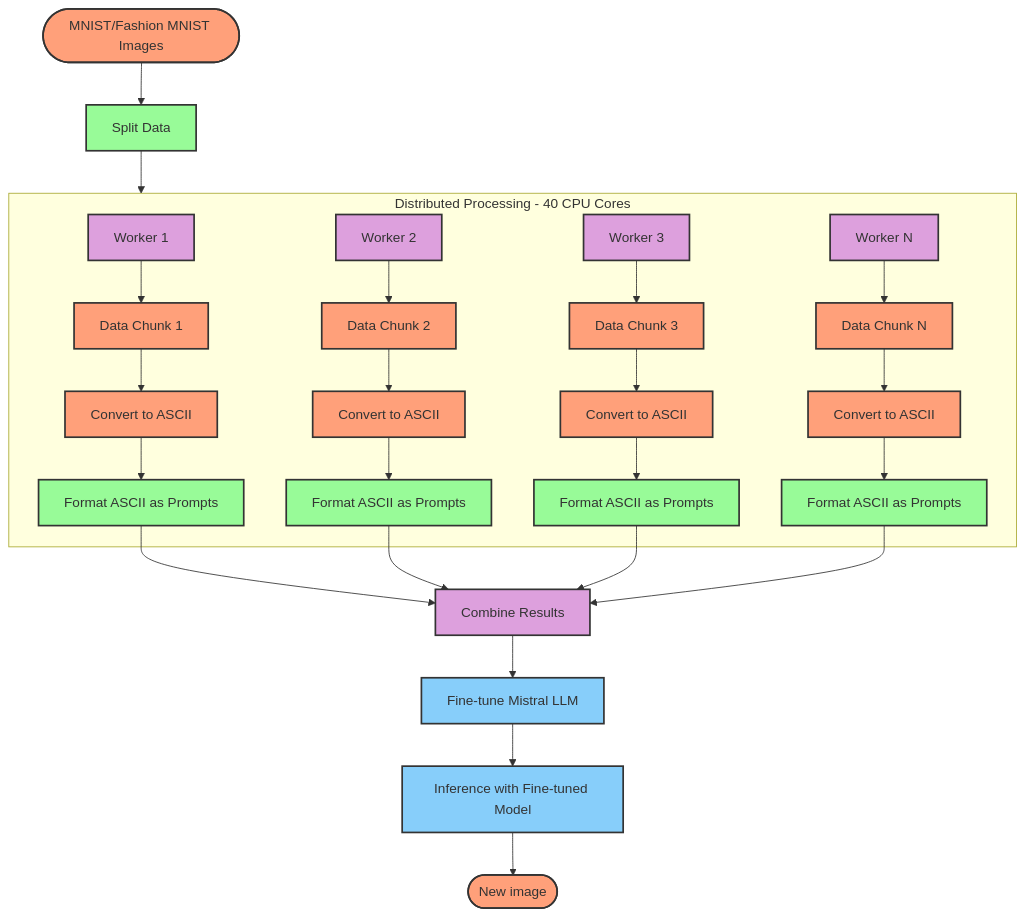
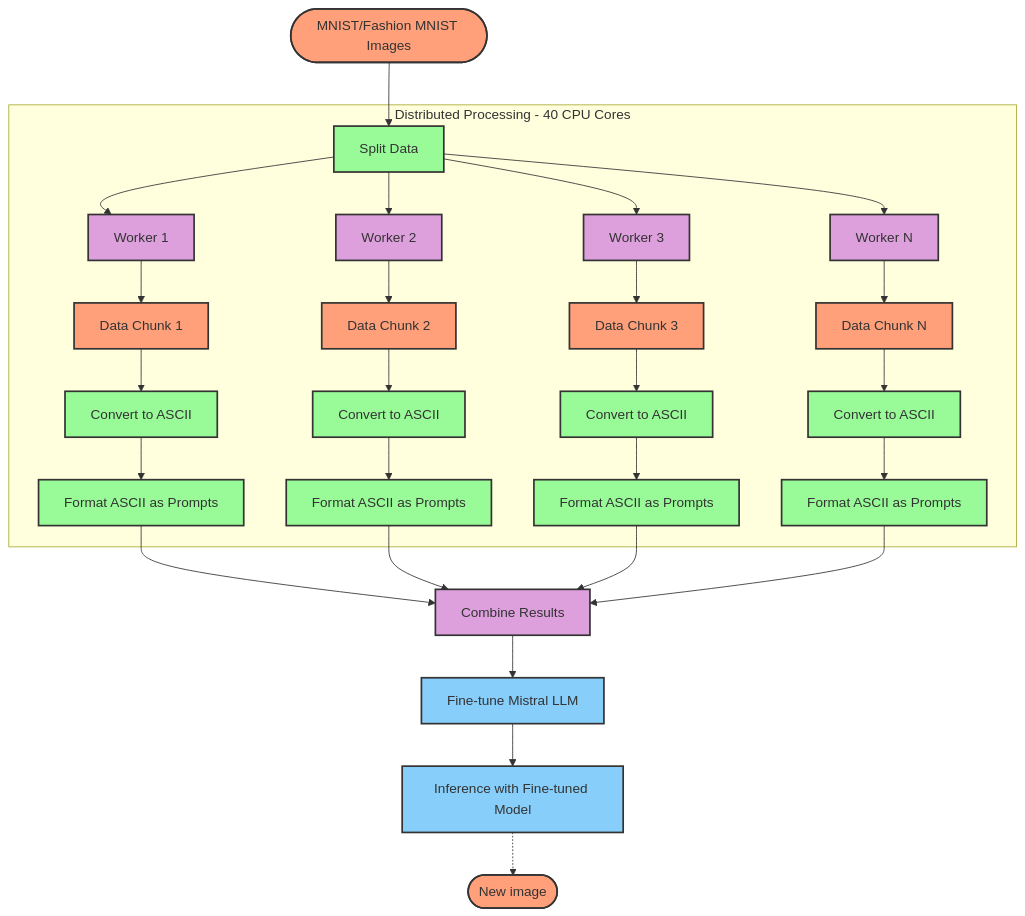
Before and after one commit to blefo/mistral-vision: the diagram in README.md, drawn with Mermaid.

````diff
--- a/README.md
+++ b/README.md
@@ -16,31 +16,34 @@
 ```mermaid
 graph TD
     classDef data fill:#FFA07A,stroke:#333,stroke-width:2px;
     classDef process fill:#98FB98,stroke:#333,stroke-width:2px;
     classDef model fill:#87CEFA,stroke:#333,stroke-width:2px;
     classDef distributed fill:#DDA0DD,stroke:#333,stroke-width:2px;
     A([MNIST/Fashion MNIST Images]):::data --> B[Split Data]:::process
     B --> DP
     subgraph DP[Distributed Processing - 40 CPU Cores]
-        D1[Worker 1]:::distributed --> E1[Data Chunk 1]:::data
-        D2[Worker 2]:::distributed --> E2[Data Chunk 2]:::data
-        D3[Worker 3]:::distributed --> E3[Data Chunk 3]:::data
-        D4[Worker N]:::distributed --> E4[Data Chunk 4]:::data
-        E1[Data Chunk 1]:::data --> C1[Convert to ASCII]:::process
-        E2[Data Chunk 2]:::data --> C2[Convert to ASCII]:::process
-        E3[Data Chunk 3]:::data --> C3[Convert to ASCII]:::process
-        E4[Data Chunk N]:::data --> C4[Convert to ASCII]:::process
-        C1[Convert to ASCII]:::data --> F1[Format ASCII as Prompts]:::process
-        C2[Convert to ASCII]:::data --> F2[Format ASCII as Prompts]:::process
-        C3[Convert to ASCII]:::data --> F3[Format ASCII as Prompts]:::process
-        C4[Convert to ASCII]:::data --> F4[Format ASCII as Prompts]:::process
+        B --> D1[Worker 1]:::distributed
+        B --> D2[Worker 2]:::distributed
+        B --> D3[Worker 3]:::distributed
+        B --> D4[Worker N]:::distributed
+        D1 --> E1[Data Chunk 1]:::data
+        D2 --> E2[Data Chunk 2]:::data
+        D3 --> E3[Data Chunk 3]:::data
+        D4 --> E4[Data Chunk N]:::data
+        E1 --> C1[Convert to ASCII]:::process
+        E2 --> C2[Convert to ASCII]:::process
+        E3 --> C3[Convert to ASCII]:::process
+        E4 --> C4[Convert to ASCII]:::process
+        C1 --> F1[Format ASCII as Prompts]:::process
+        C2 --> F2[Format ASCII as Prompts]:::process
+        C3 --> F3[Format ASCII as Prompts]:::process
+        C4 --> F4[Format ASCII as Prompts]:::process
     end
     F1 --> F[Combine Results]:::distributed
-    F2 --> F[Combine Results]:::distributed
-    F3 --> F[Combine Results]:::distributed
-    F4 --> F[Combine Results]:::distributed
+    F2 --> F
+    F3 --> F
+    F4 --> F
     F --> I[Fine-tune Mistral LLM]:::model
     I --> J[Inference with Fine-tuned Model]:::model
-    J --> K([New image]):::data
-
+    J -.-> K([New image]):::data
 ```
````
